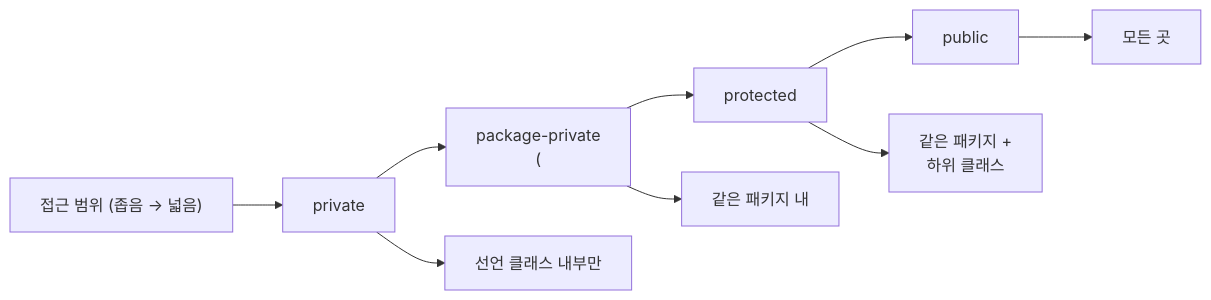
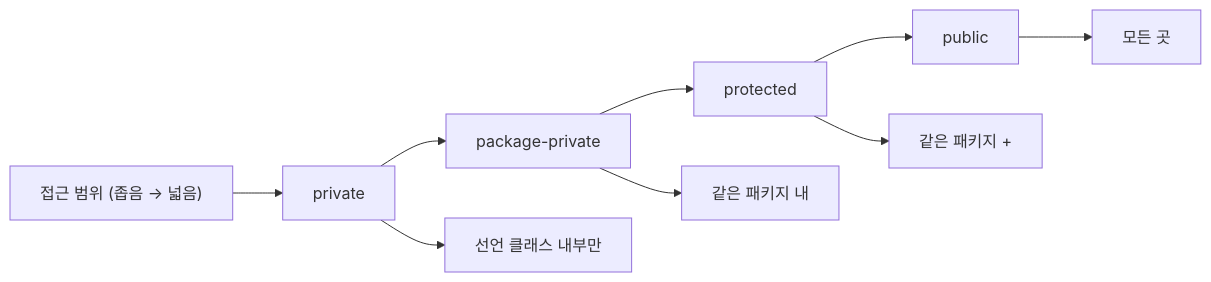
The second of 4 diagrams in _posts/java/2021-12-29-effective-java15.md (yjkim2015/yjkim2015.github.io), drawn with Mermaid before and after one commit. The commit also changed other lines of this file and 217 other files, not shown here.

First line of the commit message:
Mermaid 크기 수정: useMaxWidth:true + SVG max-width:100% + 라벨 축소

````diff
--- a/_posts/java/2021-12-29-effective-java15.md
+++ b/_posts/java/2021-12-29-effective-java15.md
@@ -33,11 +33,11 @@
 ```mermaid
 graph LR
     A["접근 범위 (좁음 → 넓음)"] --> B["private"]
-    B --> C["package-private\n("]
+    B --> C["package-private"]
     C --> D["protected"]
     D --> E["public"]
     B --> B1["선언 클래스 내부만"]
     C --> C1["같은 패키지 내"]
-    D --> D1["같은 패키지 +\n하위 클래스"]
+    D --> D1["같은 패키지 +"]
     E --> E1["모든 곳"]
 ```
````
